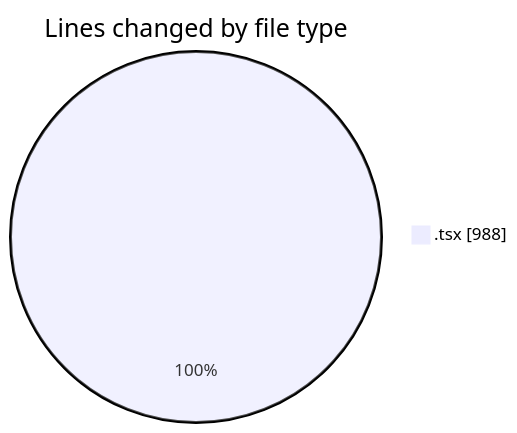
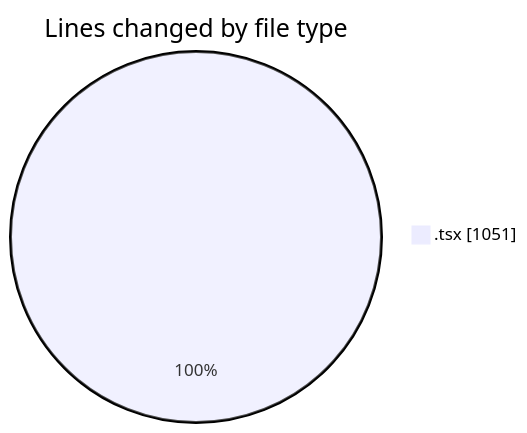
Before and after one commit to lephambinh05/code-tracking: the first of 2 diagrams in 2025-08-18/nextui-dashboard-template/README.md, drawn with Mermaid. The commit also changed other lines of this file and 1 other file, not shown here.

````diff
--- a/2025-08-18/nextui-dashboard-template/README.md
+++ b/2025-08-18/nextui-dashboard-template/README.md
@@ -26,5 +26,5 @@
 ```mermaid
 pie showData
 title Lines changed by file type
-".tsx" : 988
+".tsx" : 1051
 ```
````
